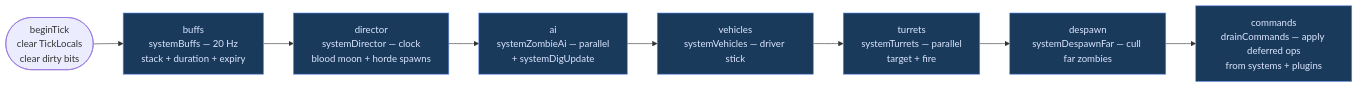
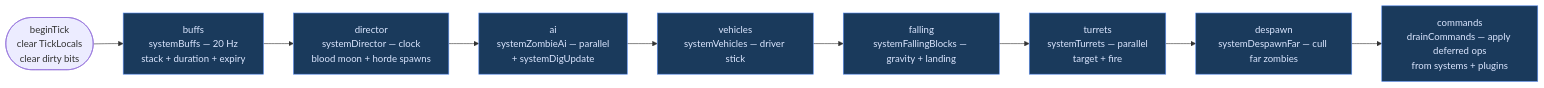
The tenth of 19 diagrams in docs/ARCHITECTURE.md (hordeforge/zdtd-server), drawn with Mermaid before and after one commit. The commit also changed other lines of this file and 8 other files, not shown here.

````diff
--- a/docs/ARCHITECTURE.md
+++ b/docs/ARCHITECTURE.md
@@ -403,14 +403,15 @@
 ```mermaid
 flowchart LR
     BEGIN([beginTick<br/>clear TickLocals<br/>clear dirty bits]) --> BUFFS
     BUFFS[buffs<br/>systemBuffs — 20 Hz<br/>stack + duration + expiry] --> DIR
     DIR[director<br/>systemDirector — clock<br/>blood moon + horde spawns] --> AI
     AI[ai<br/>systemZombieAi — parallel<br/>+ systemDigUpdate] --> VEH
-    VEH[vehicles<br/>systemVehicles — driver stick] --> TUR
+    VEH[vehicles<br/>systemVehicles — driver stick] --> FALL
+    FALL[falling<br/>systemFallingBlocks — gravity + landing] --> TUR
     TUR[turrets<br/>systemTurrets — parallel<br/>target + fire] --> DESP
     DESP[despawn<br/>systemDespawnFar — cull far zombies] --> CMDS
     CMDS[commands<br/>drainCommands — apply deferred ops<br/>from systems + plugins]
 
     classDef phase fill:#1a3a5c,stroke:#5b8def,color:#dbe6ff
-    class BUFFS,DIR,AI,VEH,TUR,DESP,CMDS phase
+    class BUFFS,DIR,AI,VEH,FALL,TUR,DESP,CMDS phase
 ```
````
